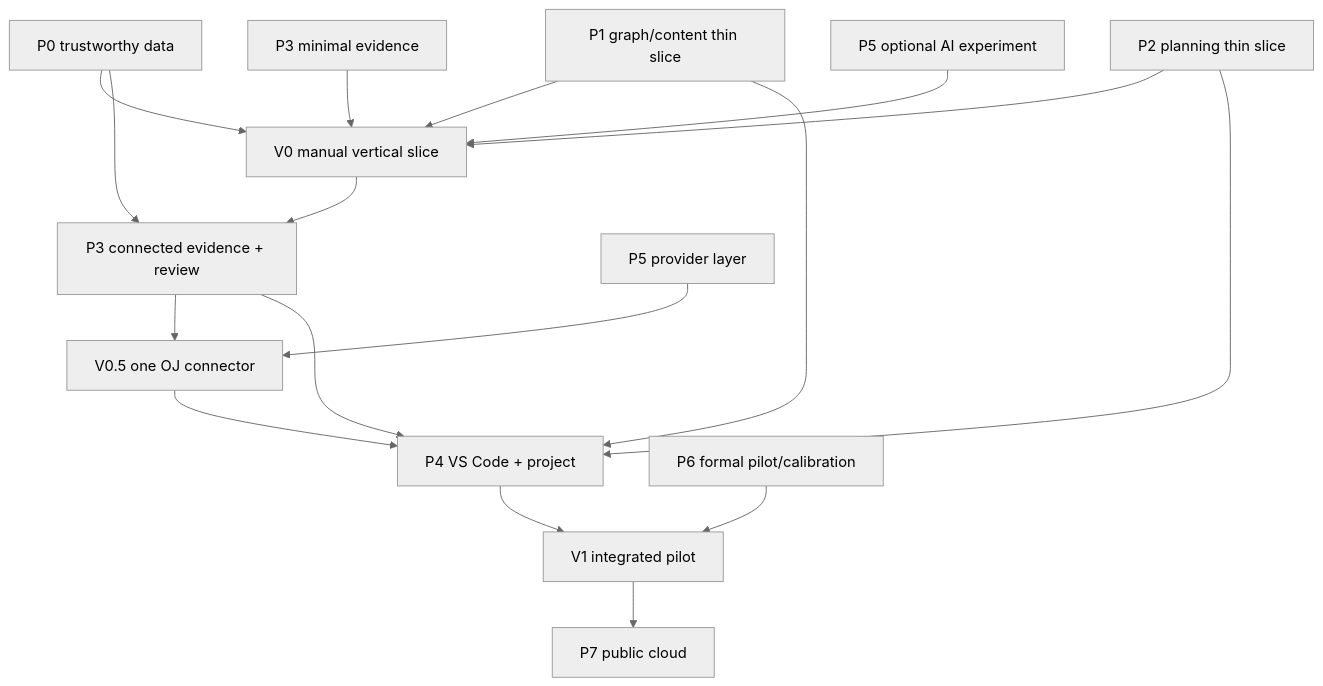
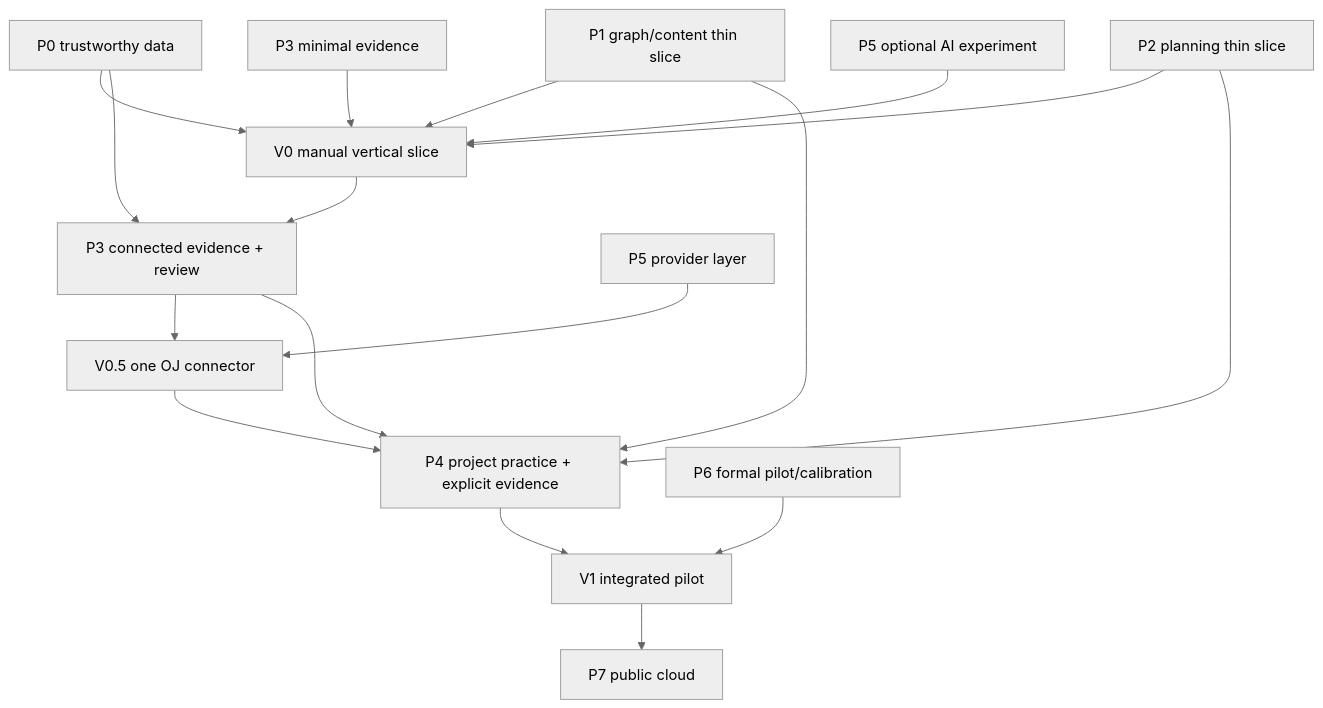
The second of 2 diagrams in docs/superpowers/plans/2026-07-11-product-development-roadmap.md (qiuyuyandong/AI-Coding-Training-Platform), drawn with Mermaid (neutral theme) before and after one commit. The commit also changed other lines of this file and 45 other files, not shown here.

````diff
--- a/docs/superpowers/plans/2026-07-11-product-development-roadmap.md
+++ b/docs/superpowers/plans/2026-07-11-product-development-roadmap.md
@@ -222,19 +242,19 @@
 ```mermaid
 flowchart TD
   P0["P0 trustworthy data"] --> V0["V0 manual vertical slice"]
   P1["P1 graph/content thin slice"] --> V0
   P2["P2 planning thin slice"] --> V0
   P3A["P3 minimal evidence"] --> V0
   P5A["P5 optional AI experiment"] --> V0
   V0 --> P3B["P3 connected evidence + review"]
   P0 --> P3B
   P3B --> V05["V0.5 one OJ connector"]
   P5B["P5 provider layer"] --> V05
-  V05 --> P4["P4 VS Code + project"]
+  V05 --> P4["P4 project practice + explicit evidence"]
   P1 --> P4
   P2 --> P4
   P3B --> P4
   P4 --> V1["V1 integrated pilot"]
   P6["P6 formal pilot/calibration"] --> V1
   V1 --> P7["P7 public cloud"]
 ```
````
